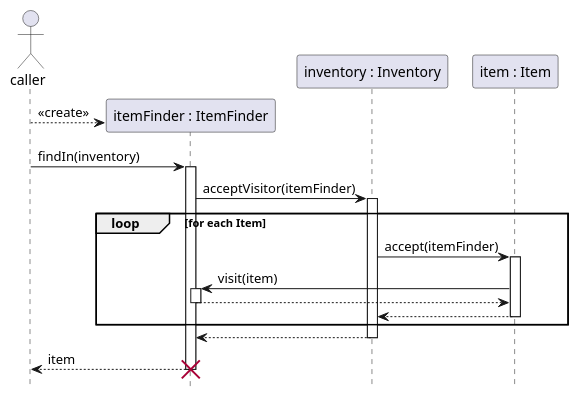
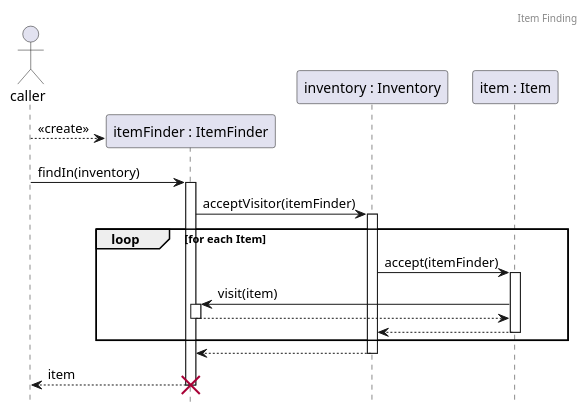
The diagram in docs/sequence/ItemFinding.puml (Kristof-me/Logarlec), drawn with PlantUML before and after one commit. The commit also changed 4 other files, not shown here.

```diff
--- a/docs/sequence/ItemFinding.puml
+++ b/docs/sequence/ItemFinding.puml
@@ -1,36 +1,37 @@
-@startuml
+@startuml ItemFinding
+header Item Finding
 hide footbox
 actor caller
 create participant ItemFinder as "itemFinder : ItemFinder"
 participant Inventory as "inventory : Inventory"
 participant Item as "item : Item"
 
 caller --> ItemFinder  :  <<create>>
 caller -> ItemFinder : findIn(inventory)
 activate ItemFinder
 
 ItemFinder -> Inventory : acceptVisitor(itemFinder)
 activate Inventory
 
 loop for each Item
 Inventory -> Item : accept(itemFinder)
 activate Item
 
 Item -> ItemFinder : visit(item)
 activate ItemFinder
 
 ' returns -------------------------------------
 ItemFinder --> Item
 deactivate ItemFinder
 
 Item --> Inventory
 deactivate Item
 end
 
 Inventory --> ItemFinder
 deactivate Inventory
 
 ItemFinder --> caller : item
 destroy ItemFinder
 
 @enduml
```
